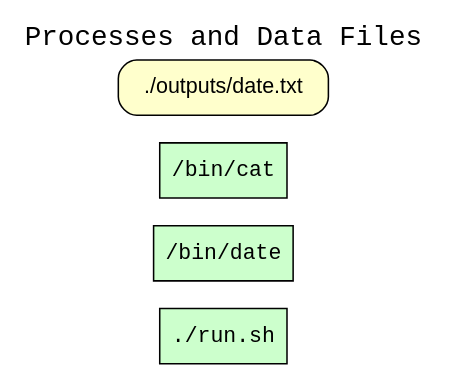
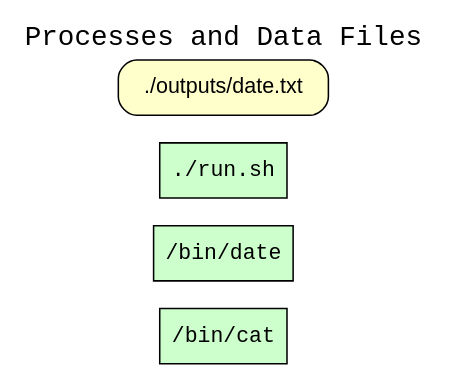
Before and after one commit to CIRSS/cpr: the diagram in examples/04-date-to-file/graphs/wt_processes_and_data_files.dot, drawn with Graphviz. The commit also changed other lines of this file and 26 other files, not shown here.

```diff
--- a/examples/04-date-to-file/graphs/wt_processes_and_data_files.dot
+++ b/examples/04-date-to-file/graphs/wt_processes_and_data_files.dot
@@ -1,12 +1,12 @@
 
 digraph wt_run {
 rankdir=LR
 fontname=Courier; fontsize=18; labelloc=t
 label="Processes and Data Files"
 node[shape=box style="filled" fillcolor="#CCFFCC" peripheries=1 fontname=Courier]
+"exe:e3" [label="/bin/cat"]
+"exe:e2" [label="/bin/date"]
 "exe:e1" [label="./run.sh"]
-"exe:e2" [label="/bin/date"]
-"exe:e3" [label="/bin/cat"]
 node[shape=box style="rounded,filled" fillcolor="#FFFFCC" peripheries=1 fontname=Helvetica]
 "access:i10" [label="./outputs/date.txt"]
 }
```
